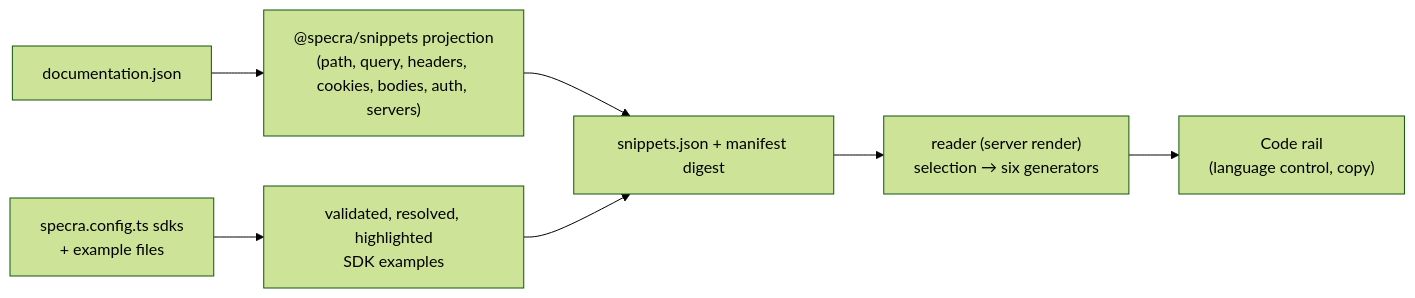
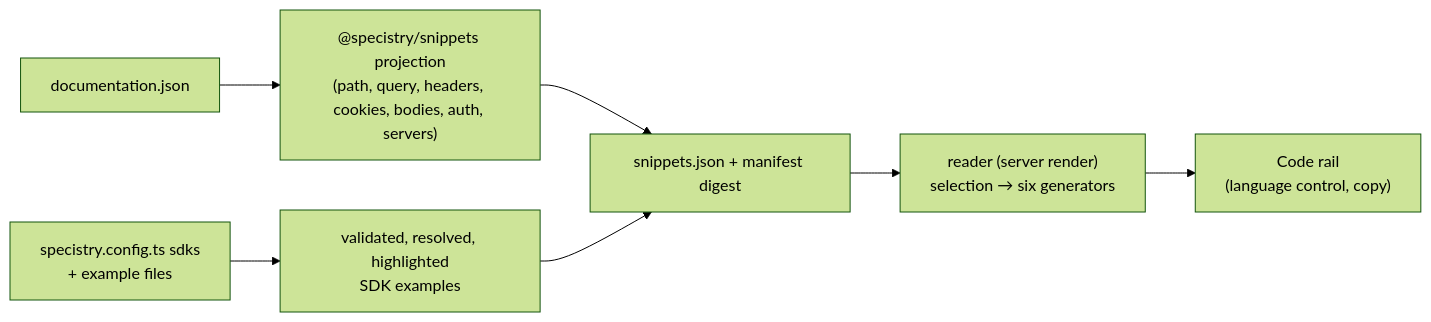
The tenth of 12 diagrams in docs/architecture/README.md (yannisyoussef/specistry), drawn with Mermaid (forest theme) before and after one commit. The commit also changed other lines of this file and 329 other files, not shown here.

````diff
--- a/docs/architecture/README.md
+++ b/docs/architecture/README.md
@@ -228,9 +228,9 @@
 ```mermaid
 flowchart LR
-  canonical["documentation.json"] --> project["@specra/snippets projection\n(path, query, headers, cookies, bodies, auth, servers)"]
-  config["specra.config.ts sdks\n+ example files"] --> mappings["validated, resolved, highlighted\nSDK examples"]
+  canonical["documentation.json"] --> project["@specistry/snippets projection\n(path, query, headers, cookies, bodies, auth, servers)"]
+  config["specistry.config.ts sdks\n+ example files"] --> mappings["validated, resolved, highlighted\nSDK examples"]
   project --> artifact["snippets.json + manifest digest"]
   mappings --> artifact
   artifact --> reader["reader (server render)\nselection → six generators"]
   reader --> rail["Code rail\n(language control, copy)"]
 ```
````
